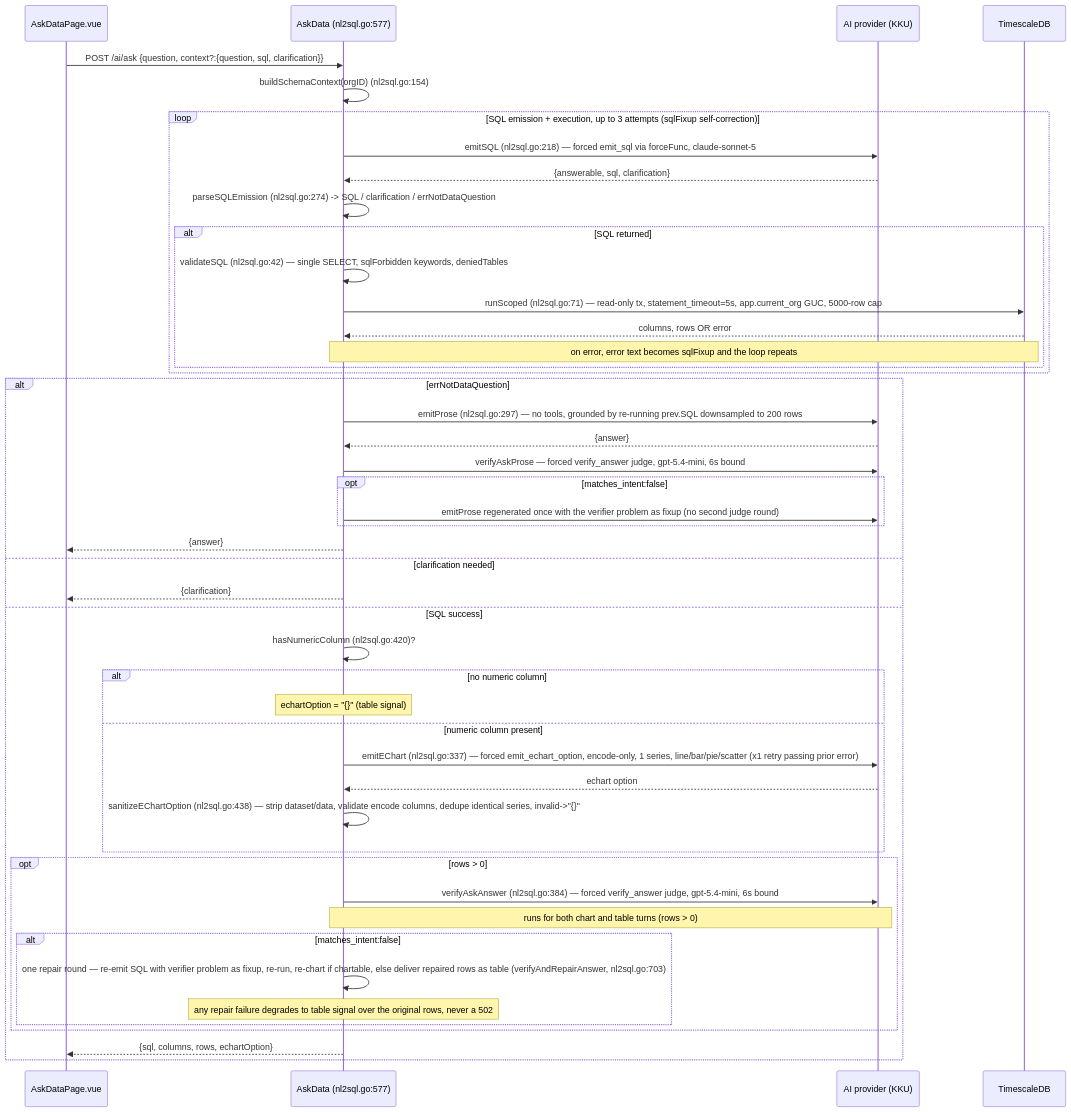
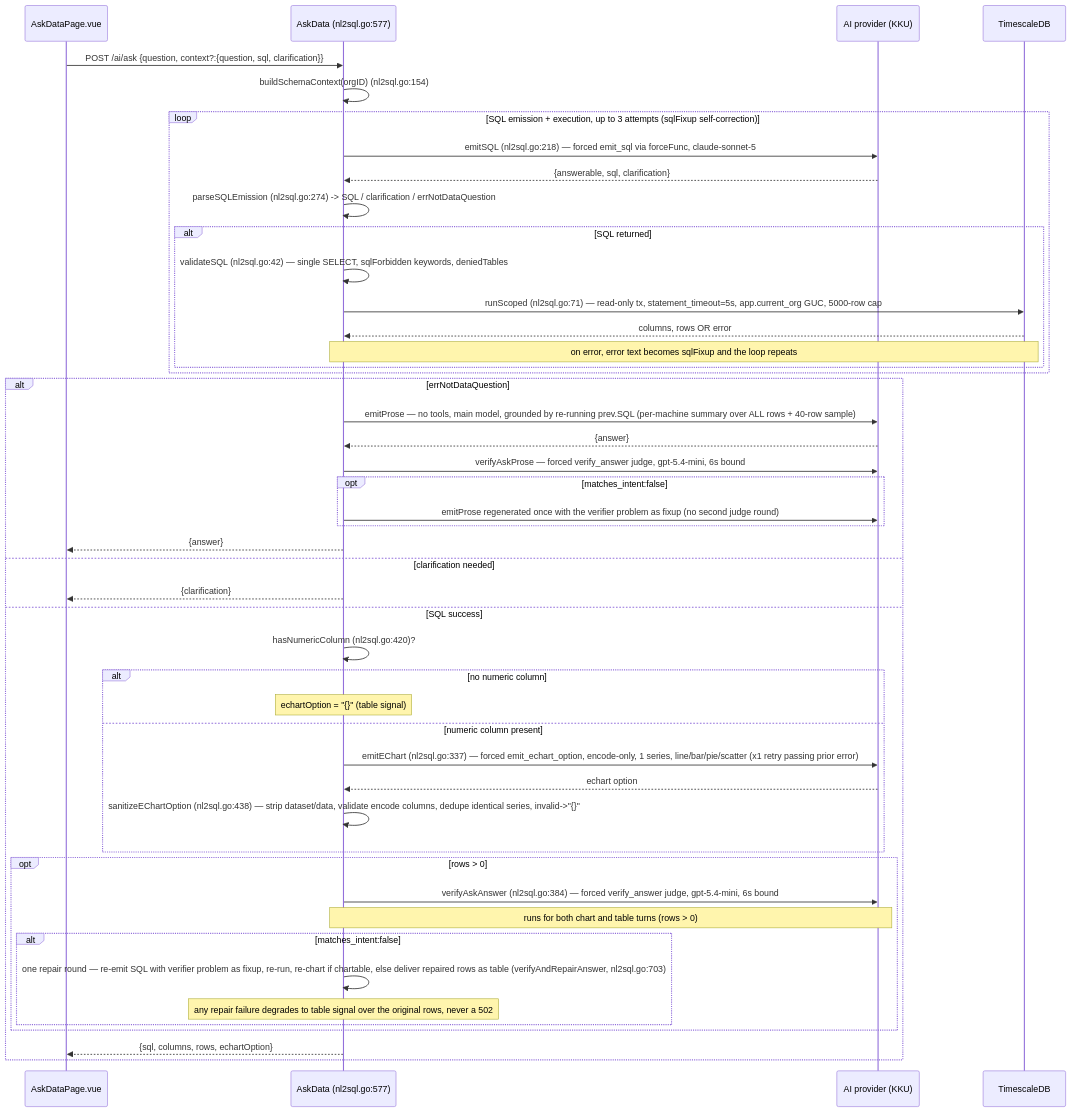
One commit to pepegummo/Project-Dashboard changed the third of 5 diagrams in docs/ai-pages.md. Above: the diagram before and after it, drawn with Mermaid. The commit also changed other lines of this file and 13 other files, not shown here.

First line of the commit message:
feat(ask): auto chart analysis + suggested follow-up, slow-provider fixes

````diff
--- a/docs/ai-pages.md
+++ b/docs/ai-pages.md
@@ -144,52 +144,52 @@
 ```mermaid
 sequenceDiagram
   participant FE as AskDataPage.vue
   participant API as AskData (nl2sql.go:577)
   participant Groq as AI provider (KKU)
   participant DB as TimescaleDB
 
   FE->>API: POST /ai/ask {question, context?:{question, sql, clarification}}
   API->>API: buildSchemaContext(orgID) (nl2sql.go:154)
 
   loop SQL emission + execution, up to 3 attempts (sqlFixup self-correction)
     API->>Groq: emitSQL (nl2sql.go:218) — forced emit_sql via forceFunc, claude-sonnet-5
     Groq-->>API: {answerable, sql, clarification}
     API->>API: parseSQLEmission (nl2sql.go:274) -> SQL / clarification / errNotDataQuestion
     alt SQL returned
       API->>API: validateSQL (nl2sql.go:42) — single SELECT, sqlForbidden keywords, deniedTables
       API->>DB: runScoped (nl2sql.go:71) — read-only tx, statement_timeout=5s, app.current_org GUC, 5000-row cap
       DB-->>API: columns, rows OR error
       Note over API,DB: on error, error text becomes sqlFixup and the loop repeats
     end
   end
 
   alt errNotDataQuestion
-    API->>Groq: emitProse (nl2sql.go:297) — no tools, grounded by re-running prev.SQL downsampled to 200 rows
+    API->>Groq: emitProse — no tools, main model, grounded by re-running prev.SQL (per-machine summary over ALL rows + 40-row sample)
     Groq-->>API: {answer}
     API->>Groq: verifyAskProse — forced verify_answer judge, gpt-5.4-mini, 6s bound
     opt matches_intent:false
       API->>Groq: emitProse regenerated once with the verifier problem as fixup (no second judge round)
     end
     API-->>FE: {answer}
   else clarification needed
     API-->>FE: {clarification}
   else SQL success
     API->>API: hasNumericColumn (nl2sql.go:420)?
     alt no numeric column
       Note over API: echartOption = "{}" (table signal)
     else numeric column present
       API->>Groq: emitEChart (nl2sql.go:337) — forced emit_echart_option, encode-only, 1 series, line/bar/pie/scatter (x1 retry passing prior error)
       Groq-->>API: echart option
       API->>API: sanitizeEChartOption (nl2sql.go:438) — strip dataset/data, validate encode columns, dedupe identical series, invalid->"{}"
     end
     opt rows > 0
       API->>Groq: verifyAskAnswer (nl2sql.go:384) — forced verify_answer judge, gpt-5.4-mini, 6s bound
       Note over API,Groq: runs for both chart and table turns (rows > 0)
       alt matches_intent:false
         API->>API: one repair round — re-emit SQL with verifier problem as fixup, re-run, re-chart if chartable, else deliver repaired rows as table (verifyAndRepairAnswer, nl2sql.go:703)
         Note over API: any repair failure degrades to table signal over the original rows, never a 502
       end
     end
     API-->>FE: {sql, columns, rows, echartOption}
   end
 ```
````
